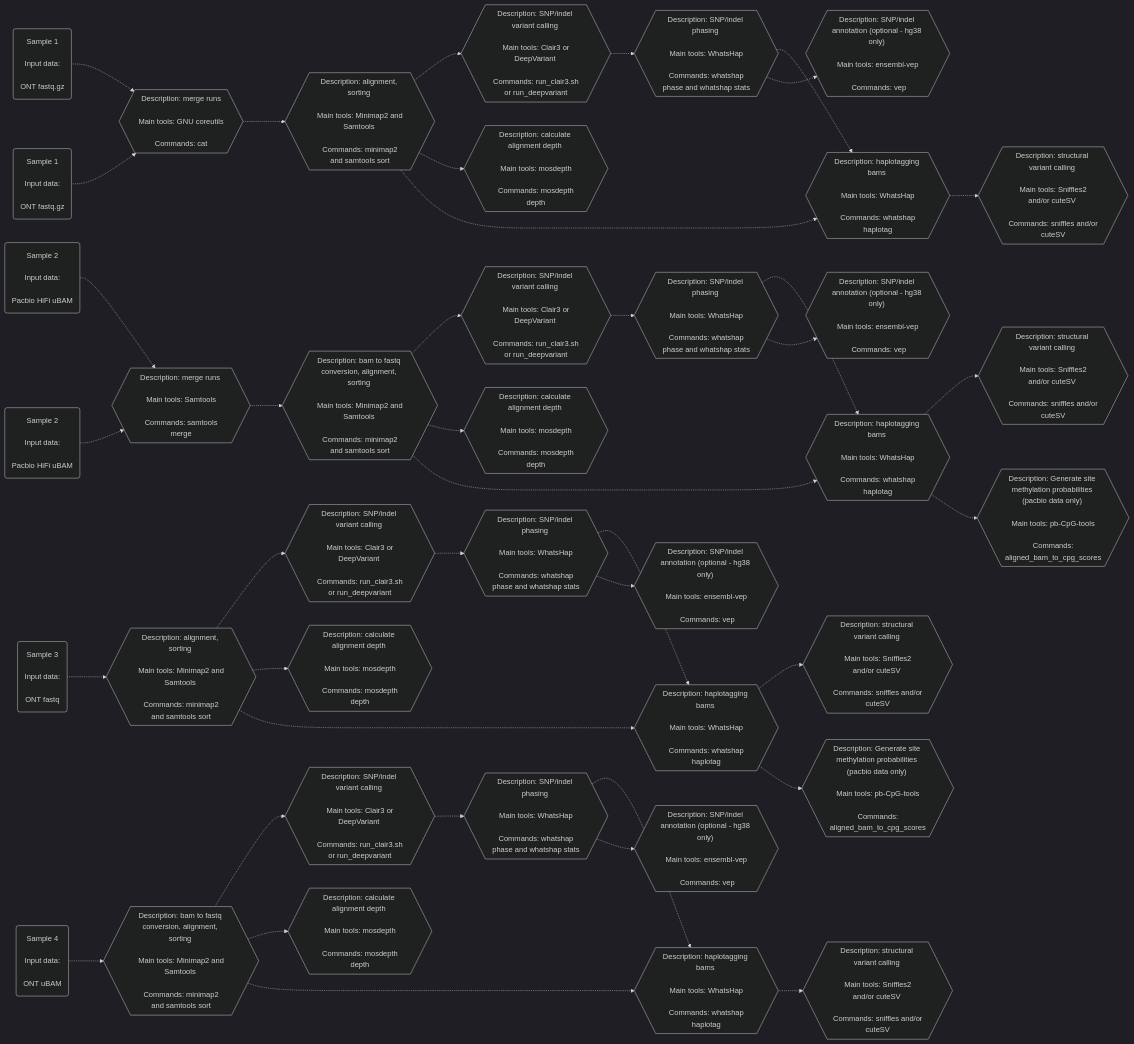
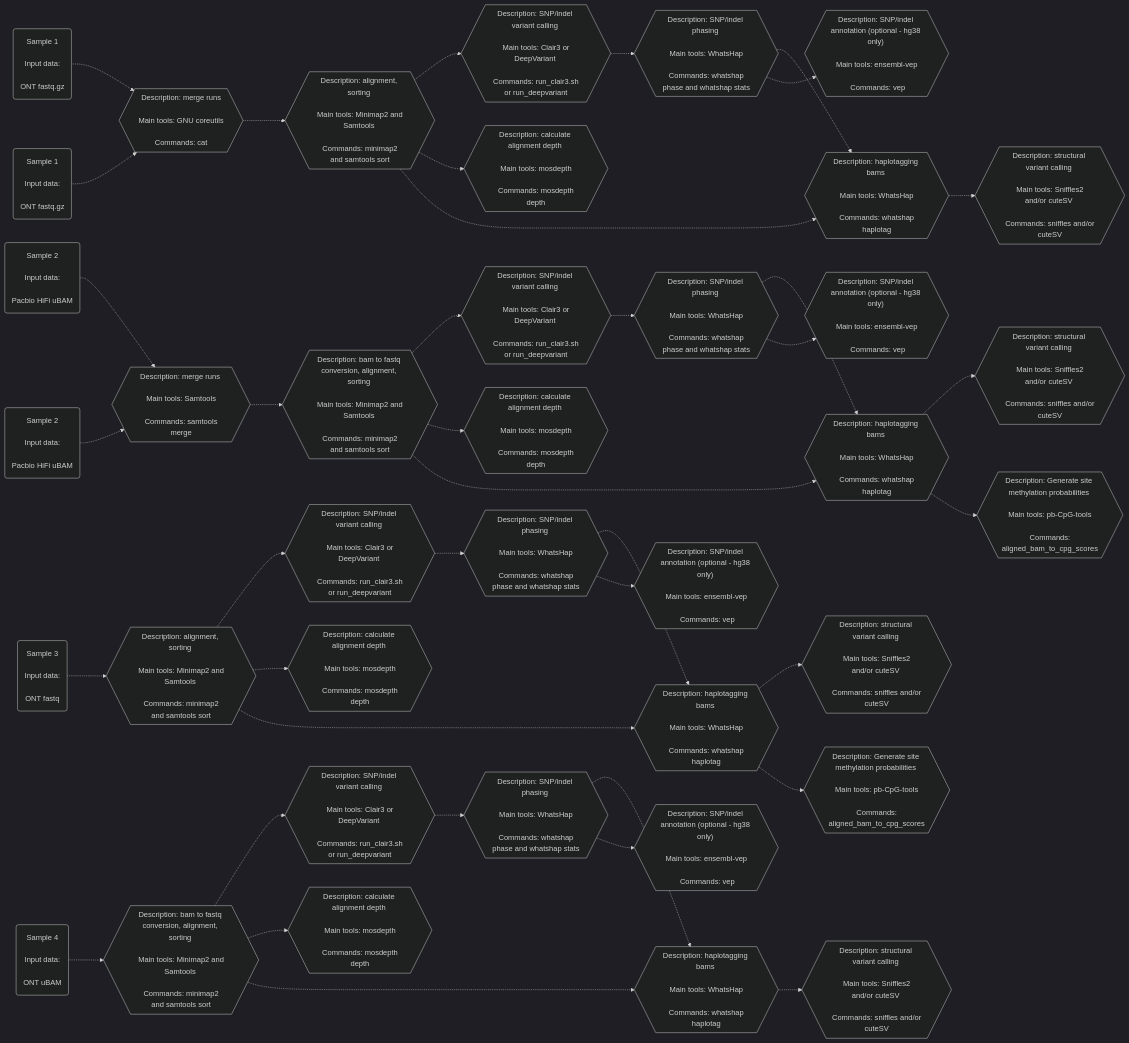
The second of 2 diagrams in README.md (leahkemp/pipeface), drawn with Mermaid before and after one commit.

````diff
--- a/README.md
+++ b/README.md
@@ -41,79 +41,79 @@
 ```mermaid
 %%{init: {'theme':'dark'}}%%
 flowchart LR
 
 ont_data_f1("Sample 1 <br><br> Input data: <br><br> ONT fastq.gz")
 ont_data_f2("Sample 1 <br><br> Input data: <br><br> ONT fastq.gz")
 pacbio_data_f3("Sample 2 <br><br> Input data: <br><br> Pacbio HiFi uBAM")
 pacbio_data_f4("Sample 2 <br><br> Input data: <br><br> Pacbio HiFi uBAM")
 ont_data_f5("Sample 3 <br><br> Input data: <br><br> ONT fastq")
 ont_data_f6("Sample 4 <br><br> Input data: <br><br> ONT uBAM")
 
 merging_m1{{"Description: merge runs <br><br> Main tools: GNU coreutils <br><br> Commands: cat"}}
 merging_m2{{"Description: merge runs <br><br> Main tools: Samtools <br><br> Commands: samtools merge"}}
 
 alignment_s1{{"Description: alignment, sorting <br><br> Main tools: Minimap2 and Samtools <br><br> Commands: minimap2 and samtools sort"}}
 alignment_s2{{"Description: alignment, sorting <br><br> Main tools: Minimap2 and Samtools <br><br> Commands: minimap2 and samtools sort"}}
 alignment_s3{{"Description: bam to fastq conversion, alignment, sorting <br><br> Main tools: Minimap2 and Samtools <br><br> Commands: minimap2 and samtools sort"}}
 alignment_s4{{"Description: bam to fastq conversion, alignment, sorting <br><br> Main tools: Minimap2 and Samtools <br><br> Commands: minimap2 and samtools sort"}}
 
 depth_s1{{"Description: calculate alignment depth <br><br> Main tools: mosdepth <br><br> Commands: mosdepth depth"}}
 depth_s2{{"Description: calculate alignment depth <br><br> Main tools: mosdepth <br><br> Commands: mosdepth depth"}}
 depth_s3{{"Description: calculate alignment depth <br><br> Main tools: mosdepth <br><br> Commands: mosdepth depth"}}
 depth_s4{{"Description: calculate alignment depth <br><br> Main tools: mosdepth <br><br> Commands: mosdepth depth"}}
 
 snp_indel_calling_s1{{"Description: SNP/indel variant calling <br><br> Main tools: Clair3 or DeepVariant <br><br> Commands: run_clair3.sh or run_deepvariant"}}
 snp_indel_calling_s2{{"Description: SNP/indel variant calling <br><br> Main tools: Clair3 or DeepVariant <br><br> Commands: run_clair3.sh or run_deepvariant"}}
 snp_indel_calling_s3{{"Description: SNP/indel variant calling <br><br> Main tools: Clair3 or DeepVariant <br><br> Commands: run_clair3.sh or run_deepvariant"}}
 snp_indel_calling_s4{{"Description: SNP/indel variant calling <br><br> Main tools: Clair3 or DeepVariant <br><br> Commands: run_clair3.sh or run_deepvariant"}}
 
 snp_indel_phasing_s1{{"Description: SNP/indel phasing <br><br> Main tools: WhatsHap <br><br> Commands: whatshap phase and whatshap stats"}}
 snp_indel_phasing_s2{{"Description: SNP/indel phasing <br><br> Main tools: WhatsHap <br><br> Commands: whatshap phase and whatshap stats"}}
 snp_indel_phasing_s3{{"Description: SNP/indel phasing <br><br> Main tools: WhatsHap <br><br> Commands: whatshap phase and whatshap stats"}}
 snp_indel_phasing_s4{{"Description: SNP/indel phasing <br><br> Main tools: WhatsHap <br><br> Commands: whatshap phase and whatshap stats"}}
 
 snp_indel_annotation_s1{{"Description: SNP/indel annotation (optional - hg38 only)" <br><br> Main tools: ensembl-vep <br><br> Commands: vep}}
 snp_indel_annotation_s2{{"Description: SNP/indel annotation (optional - hg38 only)" <br><br> Main tools: ensembl-vep <br><br> Commands: vep}}
 snp_indel_annotation_s3{{"Description: SNP/indel annotation (optional - hg38 only)" <br><br> Main tools: ensembl-vep <br><br> Commands: vep}}
 snp_indel_annotation_s4{{"Description: SNP/indel annotation (optional - hg38 only)" <br><br> Main tools: ensembl-vep <br><br> Commands: vep}}
 
 haplotagging_s1{{"Description: haplotagging bams <br><br> Main tools: WhatsHap <br><br> Commands: whatshap haplotag"}}
 haplotagging_s2{{"Description: haplotagging bams <br><br> Main tools: WhatsHap <br><br> Commands: whatshap haplotag"}}
 haplotagging_s3{{"Description: haplotagging bams <br><br> Main tools: WhatsHap <br><br> Commands: whatshap haplotag"}}
 haplotagging_s4{{"Description: haplotagging bams <br><br> Main tools: WhatsHap <br><br> Commands: whatshap haplotag"}}
 
-generate_meth_probs_s2{{"Description: Generate site methylation probabilities (pacbio data only) <br><br> Main tools: pb-CpG-tools <br><br> Commands: aligned_bam_to_cpg_scores"}}
-generate_meth_probs_s4{{"Description: Generate site methylation probabilities (pacbio data only) <br><br> Main tools: pb-CpG-tools <br><br> Commands: aligned_bam_to_cpg_scores"}}
+generate_meth_probs_s2{{"Description: Generate site methylation probabilities <br><br> Main tools: pb-CpG-tools <br><br> Commands: aligned_bam_to_cpg_scores"}}
+generate_meth_probs_s4{{"Description: Generate site methylation probabilities <br><br> Main tools: pb-CpG-tools <br><br> Commands: aligned_bam_to_cpg_scores"}}
 
 sv_calling_s1{{"Description: structural variant calling <br><br> Main tools: Sniffles2 and/or cuteSV <br><br> Commands: sniffles and/or cuteSV"}}
 sv_calling_s2{{"Description: structural variant calling <br><br> Main tools: Sniffles2 and/or cuteSV <br><br> Commands: sniffles and/or cuteSV"}}
 sv_calling_s3{{"Description: structural variant calling <br><br> Main tools: Sniffles2 and/or cuteSV <br><br> Commands: sniffles and/or cuteSV"}}
 sv_calling_s4{{"Description: structural variant calling <br><br> Main tools: Sniffles2 and/or cuteSV <br><br> Commands: sniffles and/or cuteSV"}}
 
 ont_data_f1-.->merging_m1-.->alignment_s1-.->snp_indel_calling_s1-.->snp_indel_phasing_s1-.->haplotagging_s1-.->sv_calling_s1
 ont_data_f2-.->merging_m1
 ont_data_f5-.->alignment_s2-.->snp_indel_calling_s2-.->snp_indel_phasing_s2-.->haplotagging_s2-.->sv_calling_s2
 ont_data_f6-.->alignment_s3-.->snp_indel_calling_s3-.->snp_indel_phasing_s3-.->haplotagging_s3-.->sv_calling_s3
 
 pacbio_data_f3-.->merging_m2-.->alignment_s4-.->snp_indel_calling_s4-.->snp_indel_phasing_s4-.->haplotagging_s4-.->sv_calling_s4
 pacbio_data_f4-.->merging_m2
 
 alignment_s1-.->depth_s1
 alignment_s2-.->depth_s2
 alignment_s3-.->depth_s3
 alignment_s4-.->depth_s4
 
 alignment_s1-.->haplotagging_s1
 alignment_s2-.->haplotagging_s2
 alignment_s3-.->haplotagging_s3
 alignment_s4-.->haplotagging_s4
 
 haplotagging_s2-.->generate_meth_probs_s2
 haplotagging_s4-.->generate_meth_probs_s4
 
 snp_indel_phasing_s1-.->snp_indel_annotation_s1
 snp_indel_phasing_s2-.->snp_indel_annotation_s2
 snp_indel_phasing_s3-.->snp_indel_annotation_s3
 snp_indel_phasing_s4-.->snp_indel_annotation_s4
 
 ```
````
